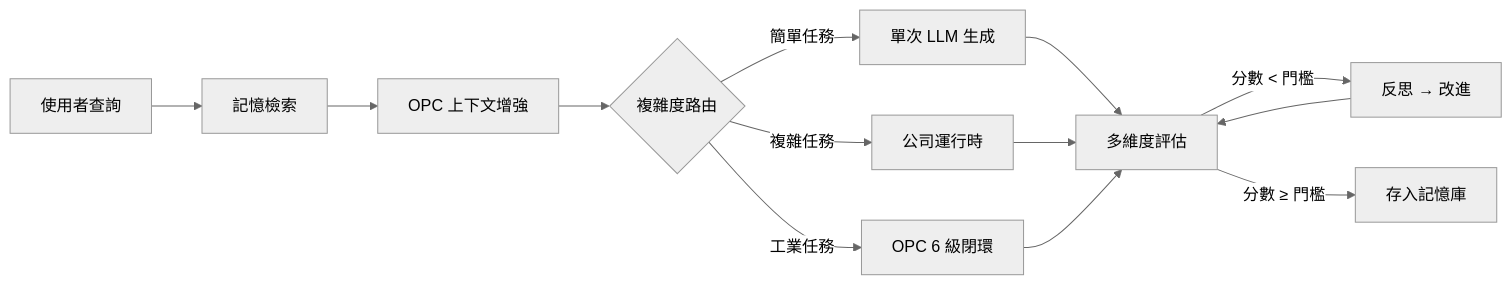
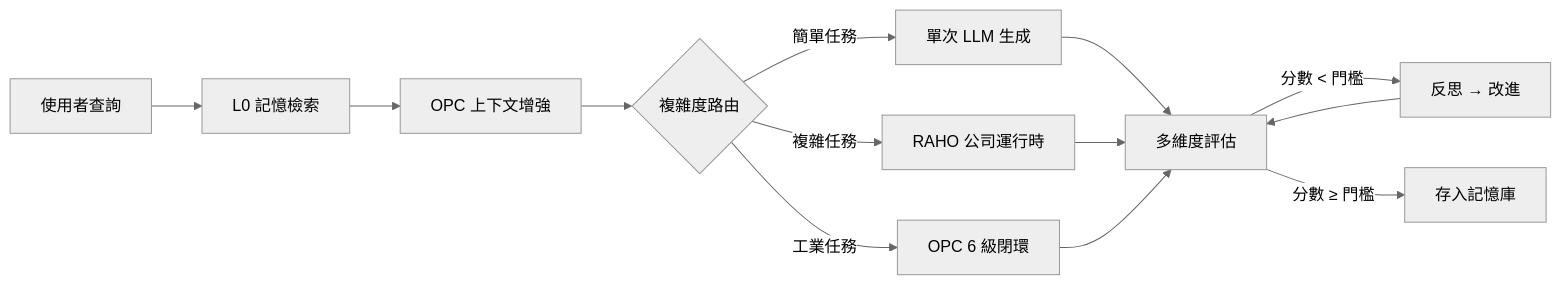
Before and after one commit to iiooiioo888/Linkin: the diagram in README.md, drawn with Mermaid (neutral theme). The commit also changed other lines of this file and 14 other files, not shown here.

````diff
--- a/README.md
+++ b/README.md
@@ -67,15 +69,15 @@
 ```mermaid
 graph LR
-    A[使用者查詢] --> B[記憶檢索]
+    A[使用者查詢] --> B[L0 記憶檢索]
     B --> C[OPC 上下文增強]
     C --> D{複雜度路由}
     D -->|簡單任務| E[單次 LLM 生成]
-    D -->|複雜任務| F[公司運行時]
+    D -->|複雜任務| F[RAHO 公司運行時]
     D -->|工業任務| G[OPC 6 級閉環]
     E --> H[多維度評估]
     F --> H
     G --> H
     H -->|分數 < 門檻| I[反思 → 改進]
     I --> H
     H -->|分數 ≥ 門檻| J[存入記憶庫]
 ```
````
